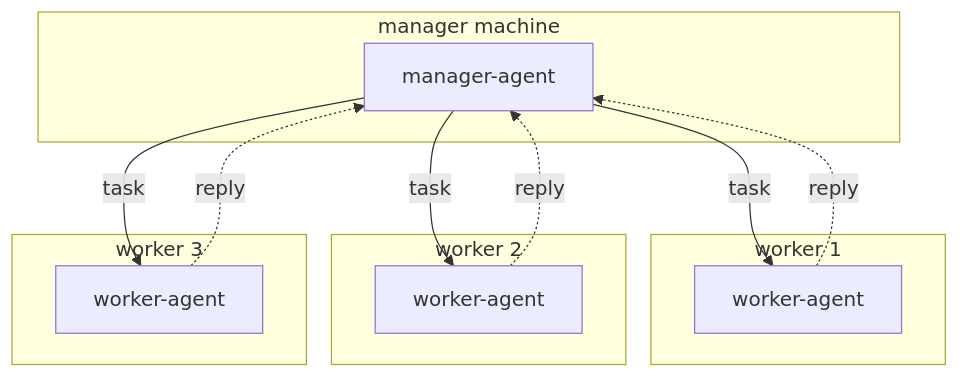
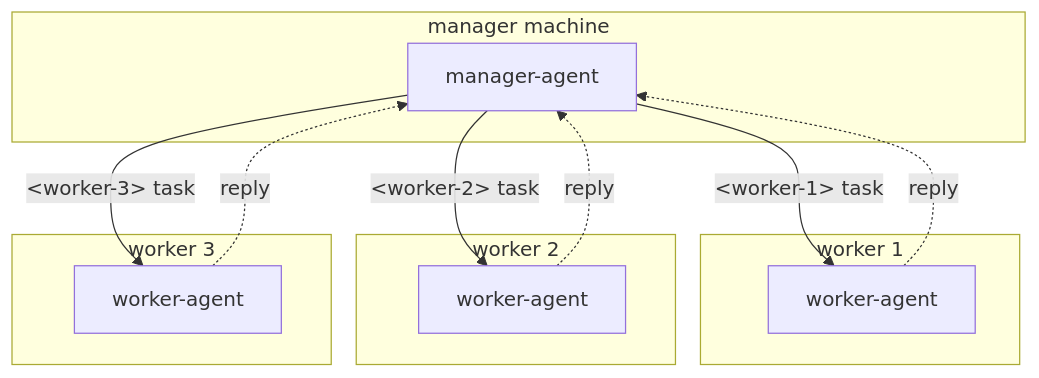
The fifth of 7 diagrams in docs/topologies.md (agent-habilis/agent-gossip), drawn with Mermaid before and after one commit. The commit also changed 4 other files, not shown here.

First line of the commit message:
docs: simplify the manual and fix two mermaid diagrams

````diff
--- a/docs/topologies.md
+++ b/docs/topologies.md
@@ -100,21 +100,21 @@
 ```mermaid
 graph TB
     subgraph "manager machine"
         M["manager-agent"]
     end
     subgraph "worker 1"
         W1["worker-agent"]
     end
     subgraph "worker 2"
         W2["worker-agent"]
     end
     subgraph "worker 3"
         W3["worker-agent"]
     end
-    M -->|"<worker-1> task"| W1
-    M -->|"<worker-2> task"| W2
-    M -->|"<worker-3> task"| W3
+    M -->|"&lt;worker-1&gt; task"| W1
+    M -->|"&lt;worker-2&gt; task"| W2
+    M -->|"&lt;worker-3&gt; task"| W3
     W1 -.->|"reply"| M
     W2 -.->|"reply"| M
     W3 -.->|"reply"| M
 ```
````
